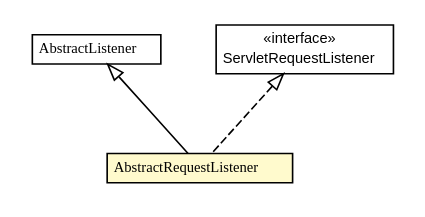
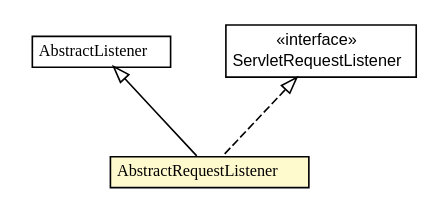
The diagram in static/javadocs/1.0.0/org/gservlet/AbstractRequestListener.dot (GServlet/gservlet-site), drawn with Graphviz before and after one commit. The commit also changed 168 other files, not shown here.

```diff
--- a/static/javadocs/1.0.0/org/gservlet/AbstractRequestListener.dot
+++ b/static/javadocs/1.0.0/org/gservlet/AbstractRequestListener.dot
@@ -1,35 +1,35 @@
 #!/usr/local/bin/dot
 #
 # Class diagram 
 # Generated by UMLGraph version R5_6-24-gf6e263 (http://www.umlgraph.org/)
 #
 
 digraph G {
 	edge [fontname="arial",fontsize=10,labelfontname="arial",labelfontsize=10];
 	node [fontname="arial",fontsize=10,shape=plaintext];
 	nodesep=0.25;
 	ranksep=0.5;
+	// org.gservlet.AbstractListener
+	c340 [label=<<table title="org.gservlet.AbstractListener" border="0" cellborder="1" cellspacing="0" cellpadding="2" port="p" href="./AbstractListener.html">
+		<tr><td><table border="0" cellspacing="0" cellpadding="1">
+<tr><td align="center" balign="center"><font face="arial italic"> AbstractListener </font></td></tr>
+		</table></td></tr>
+		</table>>, URL="./AbstractListener.html", fontname="arial", fontcolor="black", fontsize=10.0];
 	// org.gservlet.AbstractRequestListener
-	c358 [label=<<table title="org.gservlet.AbstractRequestListener" border="0" cellborder="1" cellspacing="0" cellpadding="2" port="p" bgcolor="lemonChiffon" href="./AbstractRequestListener.html">
+	c342 [label=<<table title="org.gservlet.AbstractRequestListener" border="0" cellborder="1" cellspacing="0" cellpadding="2" port="p" bgcolor="lemonChiffon" href="./AbstractRequestListener.html">
 		<tr><td><table border="0" cellspacing="0" cellpadding="1">
 <tr><td align="center" balign="center"><font face="arial italic"> AbstractRequestListener </font></td></tr>
 		</table></td></tr>
-		</table>>, URL="./AbstractRequestListener.html", fontname="arial", fontcolor="black", fontsize=9.0];
-	// org.gservlet.AbstractListener
-	c360 [label=<<table title="org.gservlet.AbstractListener" border="0" cellborder="1" cellspacing="0" cellpadding="2" port="p" href="./AbstractListener.html">
-		<tr><td><table border="0" cellspacing="0" cellpadding="1">
-<tr><td align="center" balign="center"><font face="arial italic"> AbstractListener </font></td></tr>
-		</table></td></tr>
-		</table>>, URL="./AbstractListener.html", fontname="arial", fontcolor="black", fontsize=9.0];
+		</table>>, URL="./AbstractRequestListener.html", fontname="arial", fontcolor="black", fontsize=10.0];
 	//org.gservlet.AbstractRequestListener extends org.gservlet.AbstractListener
-	c360:p -> c358:p [dir=back,arrowtail=empty];
+	c340:p -> c342:p [dir=back,arrowtail=empty];
 	//org.gservlet.AbstractRequestListener implements javax.servlet.ServletRequestListener
-	c376:p -> c358:p [dir=back,arrowtail=empty,style=dashed];
+	c376:p -> c342:p [dir=back,arrowtail=empty,style=dashed];
 	// javax.servlet.ServletRequestListener
 	c376 [label=<<table title="javax.servlet.ServletRequestListener" border="0" cellborder="1" cellspacing="0" cellpadding="2" port="p" href="http://java.sun.com/j2se/1.4.2/docs/api/javax/servlet/ServletRequestListener.html">
 		<tr><td><table border="0" cellspacing="0" cellpadding="1">
 <tr><td align="center" balign="center"> &#171;interface&#187; </td></tr>
 <tr><td align="center" balign="center"> ServletRequestListener </td></tr>
 		</table></td></tr>
-		</table>>, URL="http://java.sun.com/j2se/1.4.2/docs/api/javax/servlet/ServletRequestListener.html", fontname="arial", fontcolor="black", fontsize=9.0];
+		</table>>, URL="http://java.sun.com/j2se/1.4.2/docs/api/javax/servlet/ServletRequestListener.html", fontname="arial", fontcolor="black", fontsize=10.0];
 }
```
